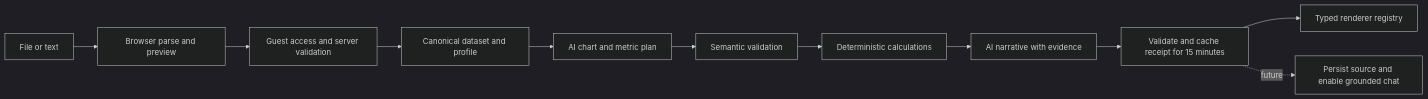
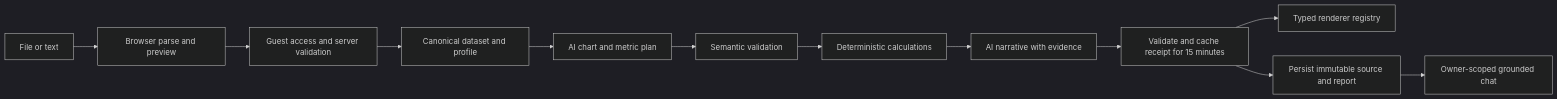
One commit to bizhello/datatale changed the diagram in docs/ARCHITECTURE.md. Above: the diagram before and after it, drawn with Mermaid (dark theme). The commit also changed other lines of this file and 26 other files, not shown here.

Commit message:
feat: integrate grounded report chat (DT-08)

````diff
--- a/docs/ARCHITECTURE.md
+++ b/docs/ARCHITECTURE.md
@@ -64,13 +64,14 @@
 ```mermaid
 flowchart LR
   Input[File or text] --> Parse[Browser parse and preview]
   Parse --> API[Guest access and server validation]
   API --> Profile[Canonical dataset and profile]
   Profile --> Plan[AI chart and metric plan]
   Plan --> Check[Semantic validation]
   Check --> Facts[Deterministic calculations]
   Facts --> Story[AI narrative with evidence]
   Story --> Receipt[Validate and cache receipt for 15 minutes]
   Receipt --> UI[Typed renderer registry]
-  Receipt -. future .-> Chat[Persist source and enable grounded chat]
+  Receipt --> Save[Persist immutable source and report]
+  Save --> Chat[Owner-scoped grounded chat]
 ```
````
